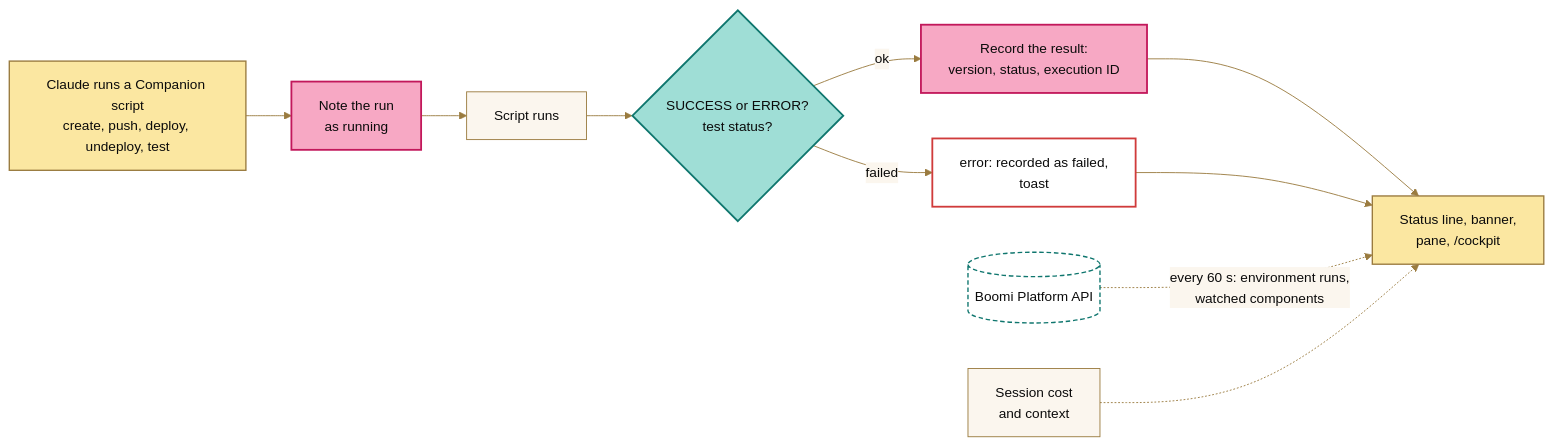
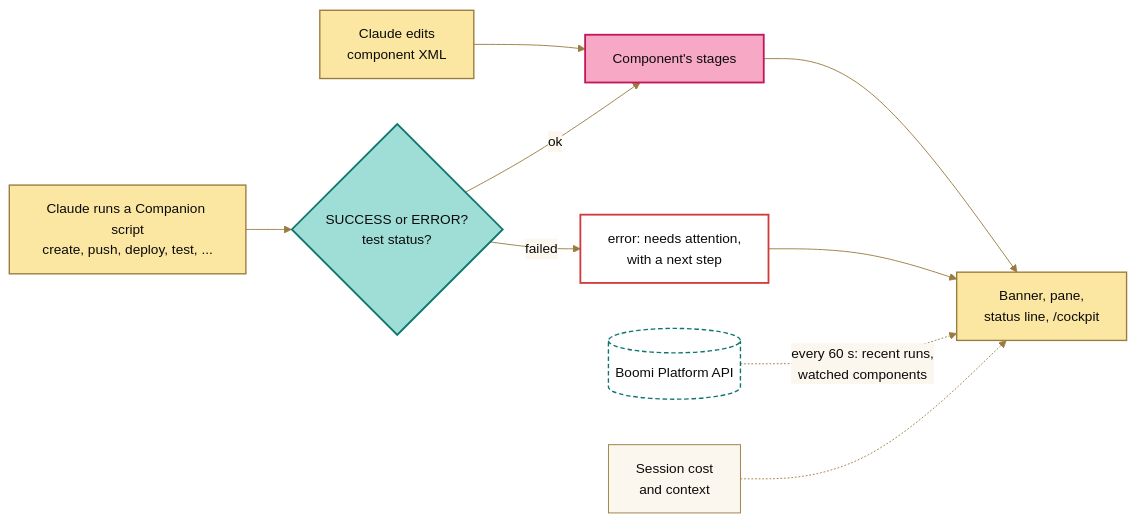
The diagram in boomi-cockpit/README.md (brianbrinley/ClaudeMods), drawn with Mermaid before and after one commit. The commit also changed other lines of this file and 7 other files, not shown here.

````diff
--- a/boomi-cockpit/README.md
+++ b/boomi-cockpit/README.md
@@ -16,23 +82,22 @@
 ```mermaid
 %%{init: {"theme": "base", "fontFamily": "Josefin Sans, trebuchet ms, verdana, arial, sans-serif", "themeVariables": {"fontSize": "15px", "background": "#FBF6EE", "primaryColor": "#FBF6EE", "primaryTextColor": "#0B0B0B", "primaryBorderColor": "#9A7B3F", "lineColor": "#9A7B3F", "textColor": "#0B0B0B", "secondaryColor": "#9FDED6", "tertiaryColor": "#FBE7A1", "edgeLabelBackground": "#FBF6EE", "clusterBkg": "#FBF6EE", "clusterBorder": "#9A7B3F", "actorBkg": "#F7A8C4", "actorBorder": "#C2185B", "actorTextColor": "#0B0B0B", "actorLineColor": "#9A7B3F", "signalColor": "#0B0B0B", "signalTextColor": "#0B0B0B", "labelBoxBkgColor": "#FBE7A1", "labelBoxBorderColor": "#9A7B3F", "labelTextColor": "#0B0B0B", "loopTextColor": "#0B0B0B", "noteBkgColor": "#FBE7A1", "noteBorderColor": "#9A7B3F", "noteTextColor": "#0B0B0B", "activationBkgColor": "#9FDED6", "activationBorderColor": "#0F766E", "sequenceNumberColor": "#FBF6EE"}}}%%
 flowchart LR
-    A["Claude runs a Companion script<br/>create, push, deploy, undeploy, test"] --> B["Note the run<br/>as running"]
-    B --> C["Script runs"]
-    C --> D{"SUCCESS or ERROR?<br/>test status?"}
-    D -- ok --> E["Record the result:<br/>version, status, execution ID"]
-    D -- failed --> X["error: recorded as failed,<br/>toast"]
-    E --> S["Status line, banner,<br/>pane, /cockpit"]
+    W["Claude edits<br/>component XML"] --> R["Component's stages"]
+    A["Claude runs a Companion script<br/>create, push, deploy, test, ..."] --> D{"SUCCESS or ERROR?<br/>test status?"}
+    D -- ok --> R
+    D -- failed --> X["error: needs attention,<br/>with a next step"]
+    R --> S["Banner, pane,<br/>status line, /cockpit"]
     X --> S
-    P[("Boomi Platform API")] -. "every 60 s: environment runs,<br/>watched components" .-> S
+    P[("Boomi Platform API")] -. "every 60 s: recent runs,<br/>watched components" .-> S
     U["Session cost<br/>and context"] -.-> S
-    class B,E focus
+    class R focus
     class D decision
-    class A,S highlight
+    class W,A,S highlight
     class P external
     class X error
     classDef focus fill:#F7A8C4,stroke:#C2185B,stroke-width:2px,color:#0B0B0B
     classDef decision fill:#9FDED6,stroke:#0F766E,stroke-width:2px,color:#0B0B0B
     classDef highlight fill:#FBE7A1,stroke:#9A7B3F,stroke-width:1.5px,color:#0B0B0B
     classDef external fill:#FFFFFF,stroke:#0F766E,stroke-width:1.5px,stroke-dasharray:5 3,color:#0B0B0B
     classDef error fill:#FFFFFF,stroke:#D03B3B,stroke-width:2px,color:#0B0B0B
 ```
````
